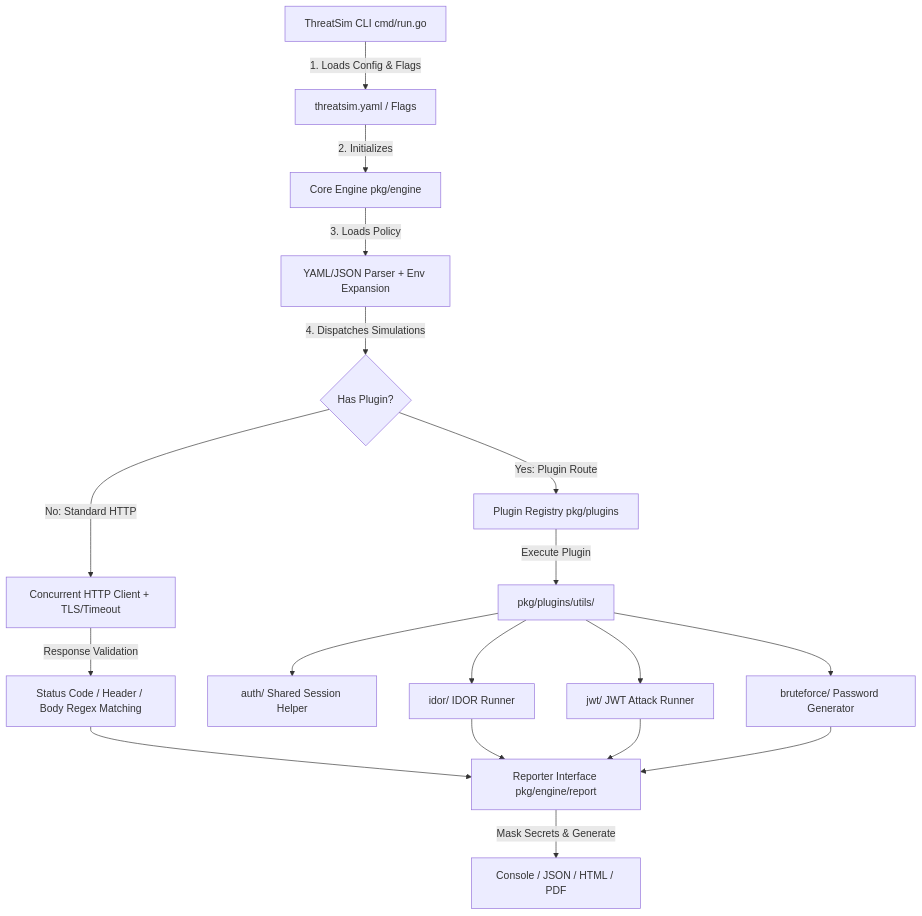
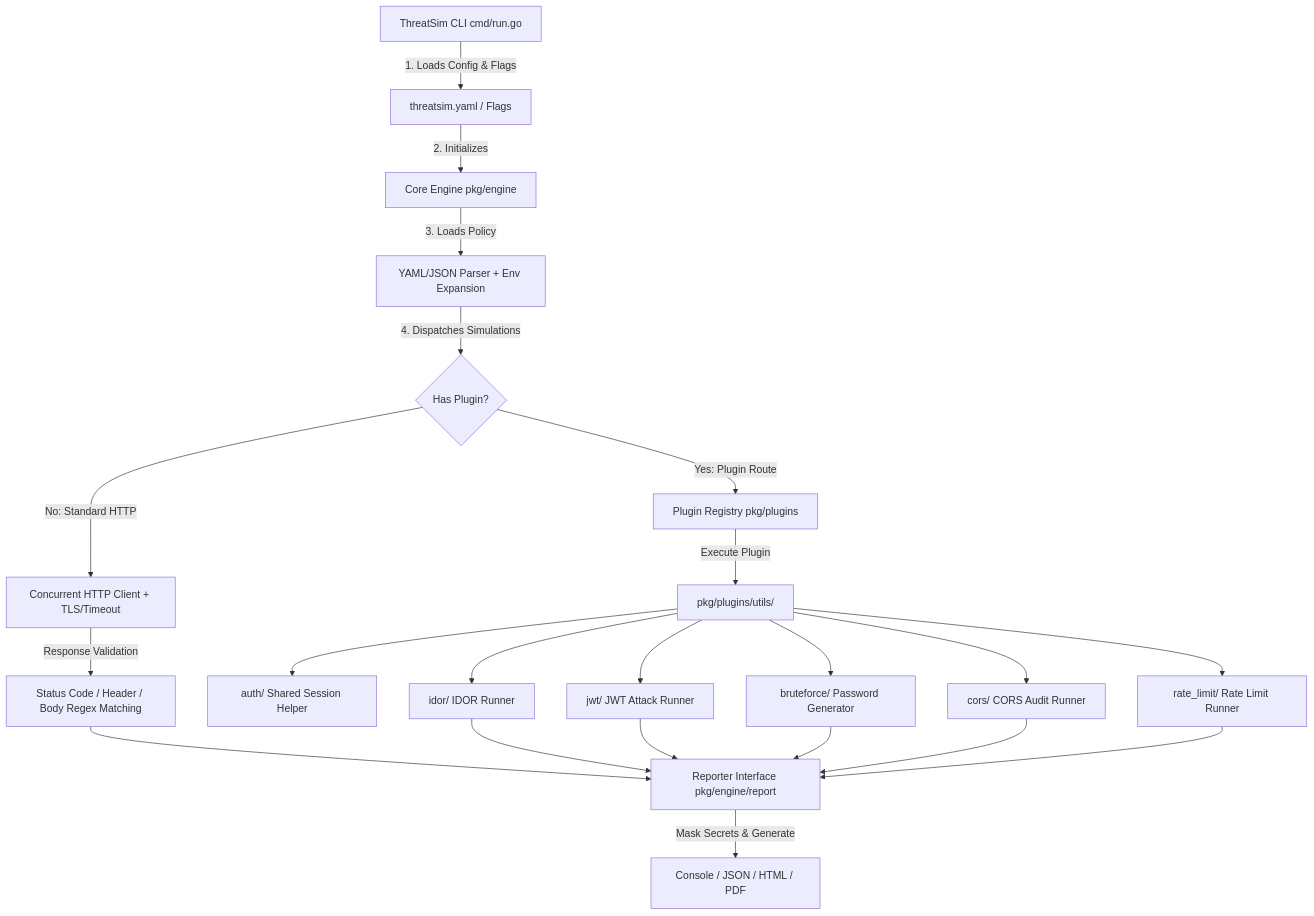
Before and after one commit to Stratify-Systems/ThreatSIM: the diagram in README.md, drawn with Mermaid. The commit also changed other lines of this file and 14 other files, not shown here.

Commit message:
feat: add CORS audit and rate limit plugins with associated schemas and unit tests

````diff
--- a/README.md
+++ b/README.md
@@ -29,26 +31,30 @@
 ```mermaid
 flowchart TD
     CLI[ThreatSim CLI cmd/run.go] -->|1. Loads Config & Flags| Config[threatsim.yaml / Flags]
     Config -->|2. Initializes| Engine[Core Engine pkg/engine]
     
     Engine -->|3. Loads Policy| Parser[YAML/JSON Parser + Env Expansion]
     Parser -->|4. Dispatches Simulations| Router{Has Plugin?}
     
     Router -->|No: Standard HTTP| HTTPClient[Concurrent HTTP Client + TLS/Timeout]
     HTTPClient -->|Response Validation| Asserts[Status Code / Header / Body Regex Matching]
     
     Router -->|Yes: Plugin Route| Registry[Plugin Registry pkg/plugins]
     Registry -->|Execute Plugin| AttackUtils[pkg/plugins/utils/]
     
     AttackUtils --> AuthHelper[auth/ Shared Session Helper]
     AttackUtils --> IDORRunner[idor/ IDOR Runner]
     AttackUtils --> JWTRunner[jwt/ JWT Attack Runner]
     AttackUtils --> BruteforceRunner[bruteforce/ Password Generator]
+    AttackUtils --> CORSRunner[cors/ CORS Audit Runner]
+    AttackUtils --> RateLimitRunner[rate_limit/ Rate Limit Runner]
     
     Asserts --> Reporter[Reporter Interface pkg/engine/report]
     IDORRunner --> Reporter
     JWTRunner --> Reporter
     BruteforceRunner --> Reporter
+    CORSRunner --> Reporter
+    RateLimitRunner --> Reporter
     
     Reporter -->|Mask Secrets & Generate| Output[Console / JSON / HTML / PDF]
 ```
````
